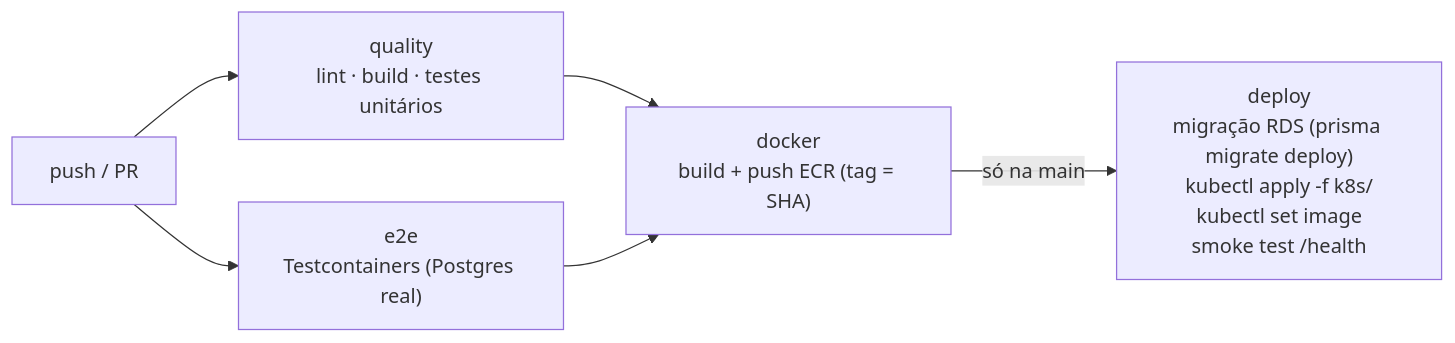
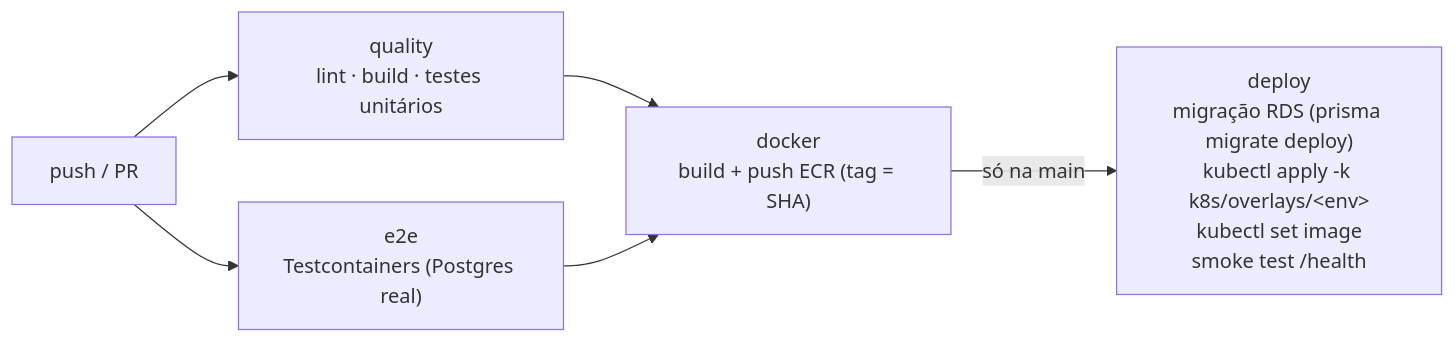
One commit to FIAP-POS-TECH-SOFTWARE-ARCHITECTURE/tc-oficina-app changed the third of 3 diagrams in README.md. Above: the diagram before and after it, drawn with Mermaid. The commit also changed other lines of this file and 10 other files, not shown here.

````diff
--- a/README.md
+++ b/README.md
@@ -98,8 +98,8 @@
 ```mermaid
 flowchart LR
     PUSH["push / PR"] --> Q["quality<br/>lint · build · testes unitários"]
     PUSH --> E2E["e2e<br/>Testcontainers (Postgres real)"]
     Q --> DOCKER["docker<br/>build + push ECR (tag = SHA)"]
     E2E --> DOCKER
-    DOCKER -->|"só na main"| DEPLOY["deploy<br/>migração RDS (prisma migrate deploy)<br/>kubectl apply -f k8s/<br/>kubectl set image<br/>smoke test /health"]
+    DOCKER -->|"só na main"| DEPLOY["deploy<br/>migração RDS (prisma migrate deploy)<br/>kubectl apply -k k8s/overlays/&lt;env&gt;<br/>kubectl set image<br/>smoke test /health"]
 ```
````
